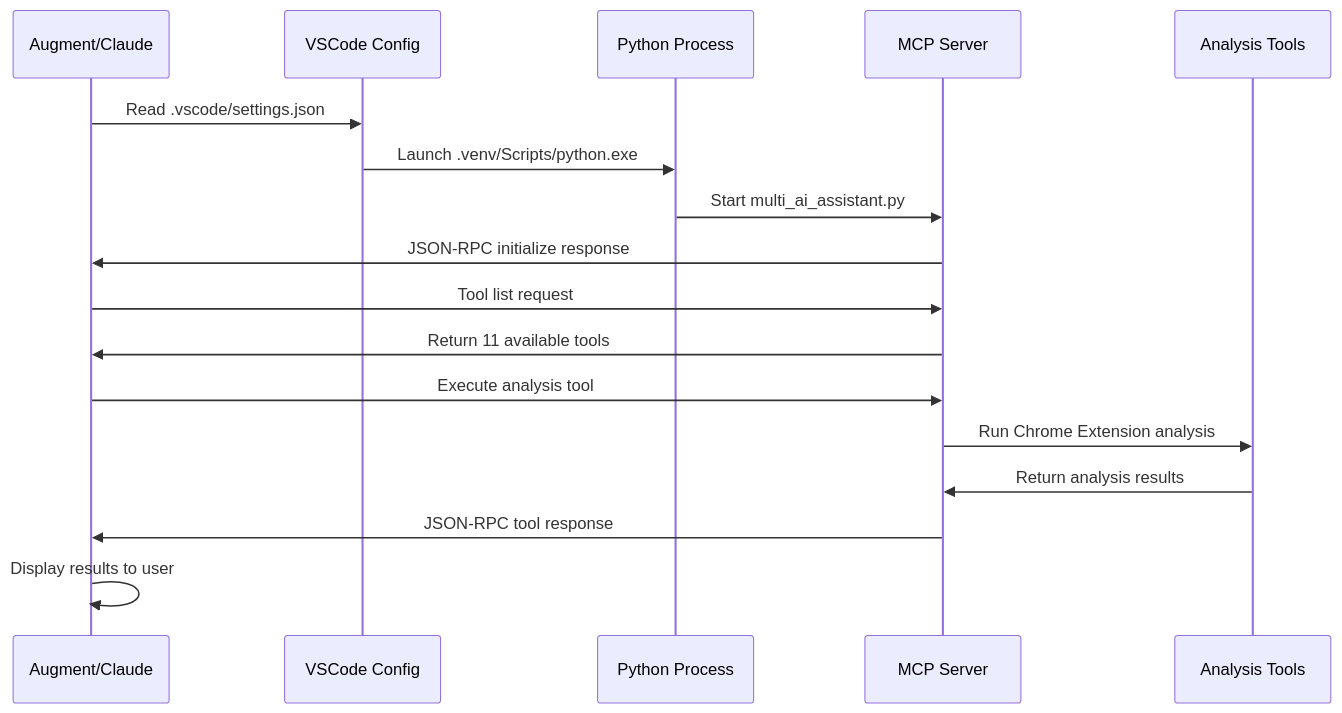
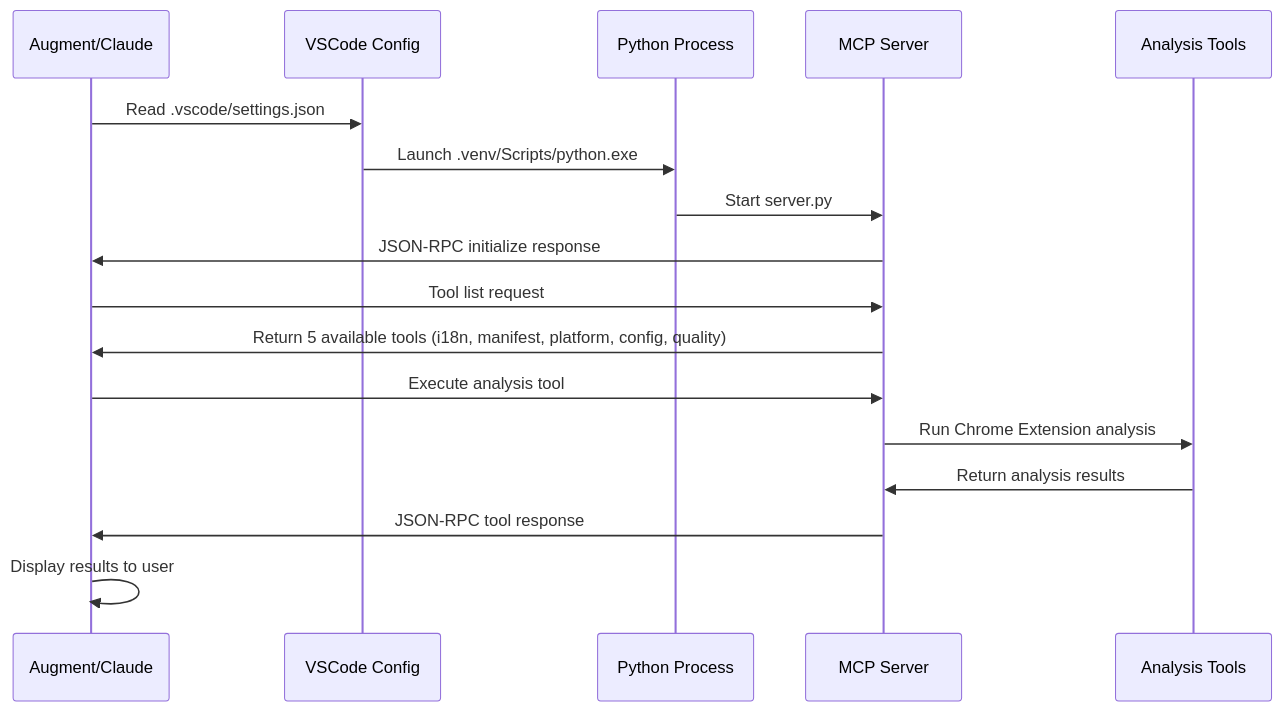
One commit to JosephMatino/MultiAiFilePaster changed the third of 3 diagrams in docs/internal/ENV_MCP.md. Above: the diagram before and after it, drawn with Mermaid. The commit also changed other lines of this file and 38 other files, not shown here.

````diff
--- a/docs/internal/ENV_MCP.md
+++ b/docs/internal/ENV_MCP.md
@@ -271,20 +275,20 @@
 ```mermaid
 sequenceDiagram
     participant A as Augment/Claude
     participant V as VSCode Config
     participant P as Python Process
     participant M as MCP Server
     participant T as Analysis Tools
 
     A->>V: Read .vscode/settings.json
     V->>P: Launch .venv/Scripts/python.exe
-    P->>M: Start multi_ai_assistant.py
+    P->>M: Start server.py
     M->>A: JSON-RPC initialize response
     A->>M: Tool list request
-    M->>A: Return 11 available tools
+    M->>A: Return 5 available tools (i18n, manifest, platform, config, quality)
     A->>M: Execute analysis tool
     M->>T: Run Chrome Extension analysis
     T->>M: Return analysis results
     M->>A: JSON-RPC tool response
     A->>A: Display results to user
 ```
````
